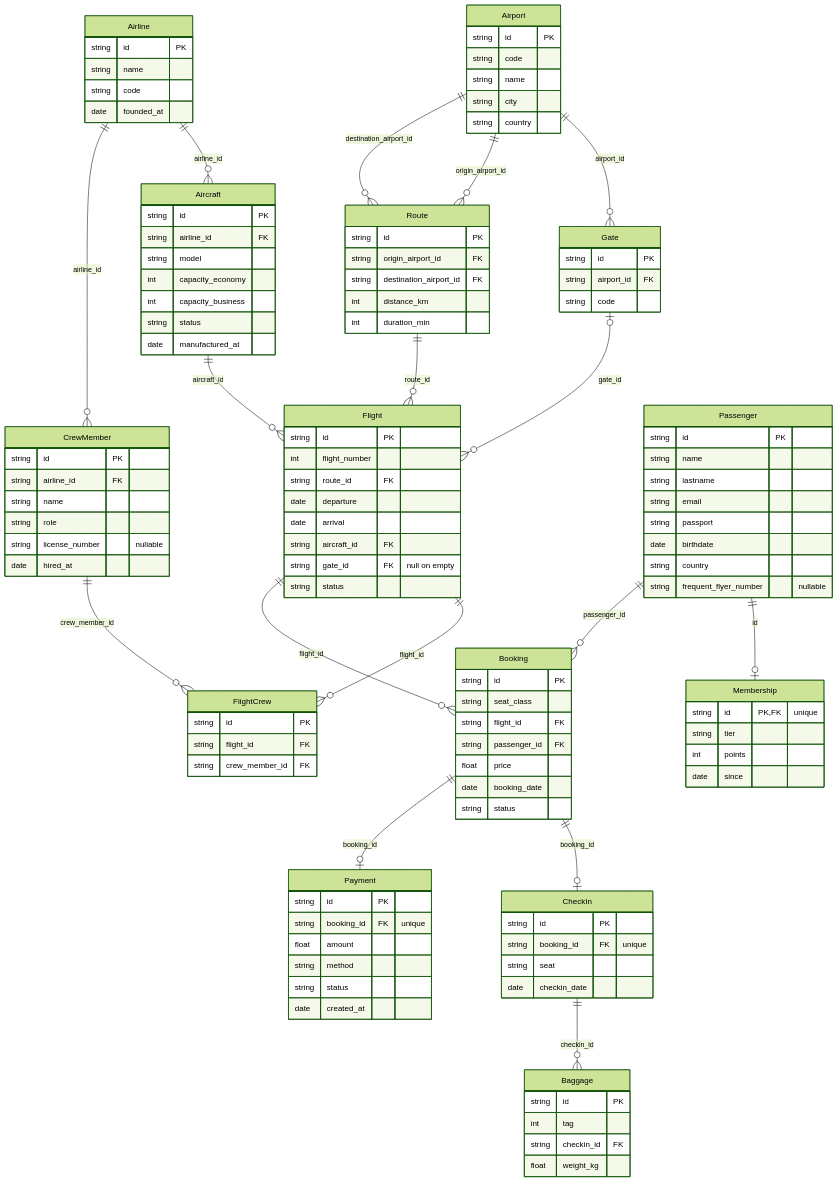
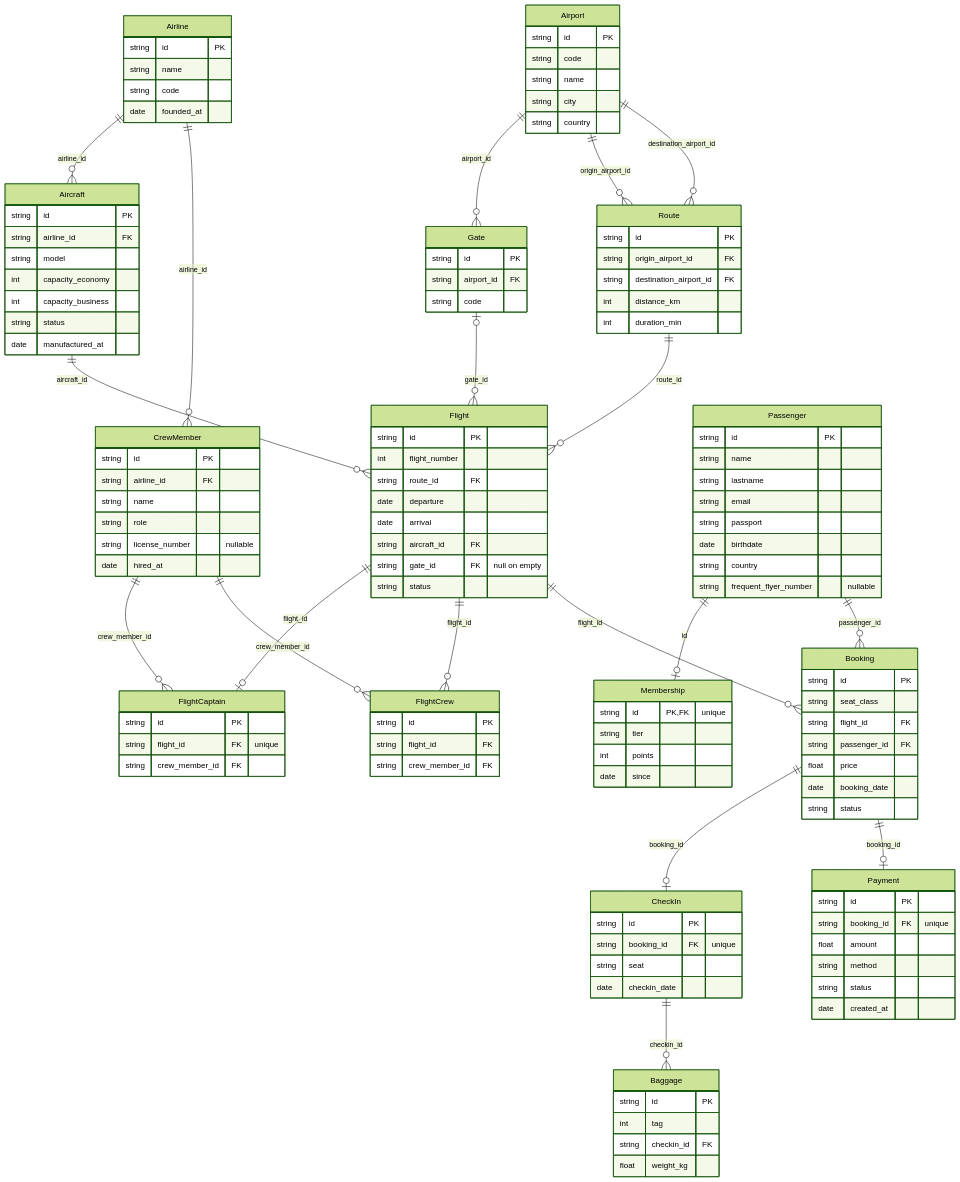
One commit to hgomezrobaina/chaca changed the diagram in test/example-case/airline/schema.md. Above: the diagram before and after it, drawn with Mermaid (forest theme). The commit also changed other lines of this file and 10 other files, not shown here.

```diff
--- a/test/example-case/airline/schema.md
+++ b/test/example-case/airline/schema.md
@@ -57,6 +57,11 @@
         string role
         string license_number "nullable"
         date hired_at
+    }
+    FlightCaptain {
+        string id PK
+        string flight_id FK "unique"
+        string crew_member_id FK
     }
     FlightCrew {
         string id PK
@@ -116,6 +121,8 @@
     Aircraft ||--o{ Flight : aircraft_id
     Gate |o--o{ Flight : gate_id
     Airline ||--o{ CrewMember : airline_id
+    Flight ||--o| FlightCaptain : flight_id
+    CrewMember ||--o{ FlightCaptain : crew_member_id
     Flight ||--o{ FlightCrew : flight_id
     CrewMember ||--o{ FlightCrew : crew_member_id
     Passenger ||--o| Membership : id
```
